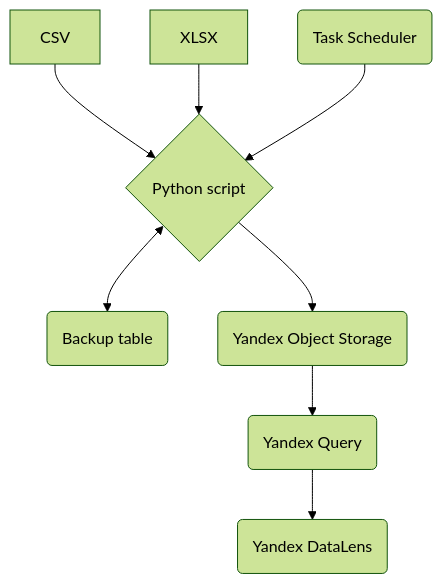
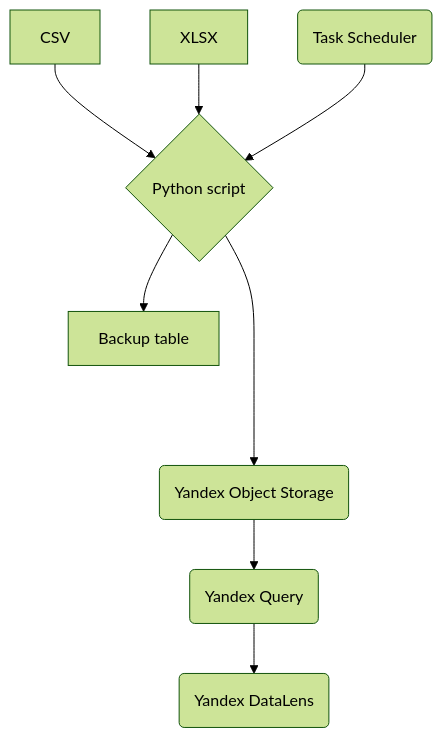
The diagram in Project free CSV.md (madby31/datalens_connection), drawn with Mermaid (forest theme) before and after one commit. The commit also changed other lines of this file, not shown here.

Commit message:
Update Project free CSV.md

````diff
--- a/Project free CSV.md
+++ b/Project free CSV.md
@@ -6,11 +6,11 @@
 ```mermaid
 graph TD;
-    A[CSV]-->D{Python script};
-    B[XLSX]-->D{Python script};
-    C(Task Scheduler)-->D{Python script};
-    D{Python script}<-->E(Backup table);
-    D{Python script}-->F(Yandex Object Storage);
-    F(Yandex Object Storage)-->G(Yandex Query);
-    G(Yandex Query)-->H(Yandex DataLens);
+    A[CSV] --> D{Python script};
+    B[XLSX] --> D;
+    C(Task Scheduler) --> D;
+    D --> E[Backup table];
+    D ----> F(Yandex Object Storage);
+    F --> G(Yandex Query);
+    G --> H(Yandex DataLens);
     
 ```
````
